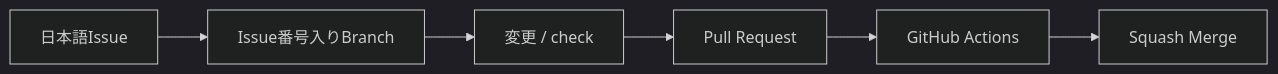
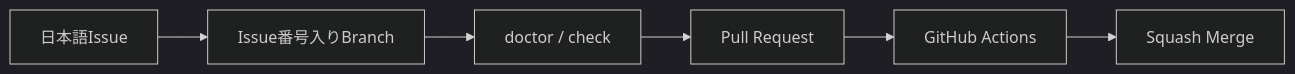
One commit to k-systems202208/python-sqlite-tailscale-webapp-template changed the fifth of 6 diagrams in README.md. Above: the diagram before and after it, drawn with Mermaid (dark theme). The commit also changed other lines of this file and 10 other files, not shown here.

````diff
--- a/README.md
+++ b/README.md
@@ -237,8 +253,8 @@
 ```mermaid
 flowchart LR
     I["日本語Issue"] --> B["Issue番号入りBranch"]
-    B --> C["変更 / check"]
+    B --> C["doctor / check"]
     C --> P["Pull Request"]
     P --> CI["GitHub Actions"]
     CI --> M["Squash Merge"]
 ```
````
